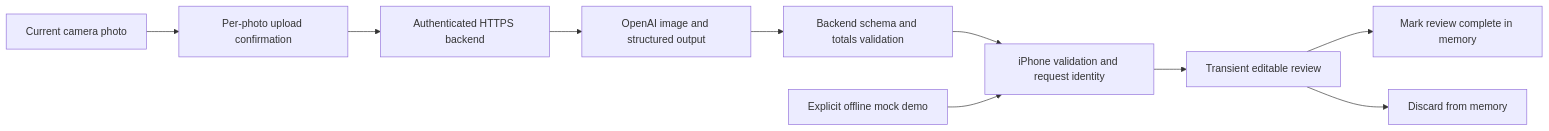
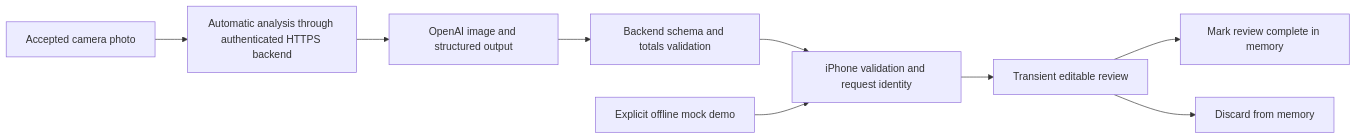
One commit to jhardorp/LoopWorkspace changed the diagram in docs/ai-food-recognition.md. Above: the diagram before and after it, drawn with Mermaid. The commit also changed other lines of this file and 5 other files, not shown here.

Commit message:
Analyze captured meals automatically without an upload confirmation screen

````diff
--- a/docs/ai-food-recognition.md
+++ b/docs/ai-food-recognition.md
@@ -42,12 +42,11 @@
 ```mermaid
 flowchart LR
-    Camera[Current camera photo] --> Consent[Per-photo upload confirmation]
-    Consent --> HTTPS[Authenticated HTTPS backend]
+    Camera[Accepted camera photo] --> HTTPS[Automatic analysis through authenticated HTTPS backend]
     HTTPS --> OpenAI[OpenAI image and structured output]
     OpenAI --> BackendValidation[Backend schema and totals validation]
     BackendValidation --> Validation[iPhone validation and request identity]
     Demo[Explicit offline mock demo] --> Validation
     Validation --> Review[Transient editable review]
     Review --> Finish[Mark review complete in memory]
     Review --> Discard[Discard from memory]
 ```
````
